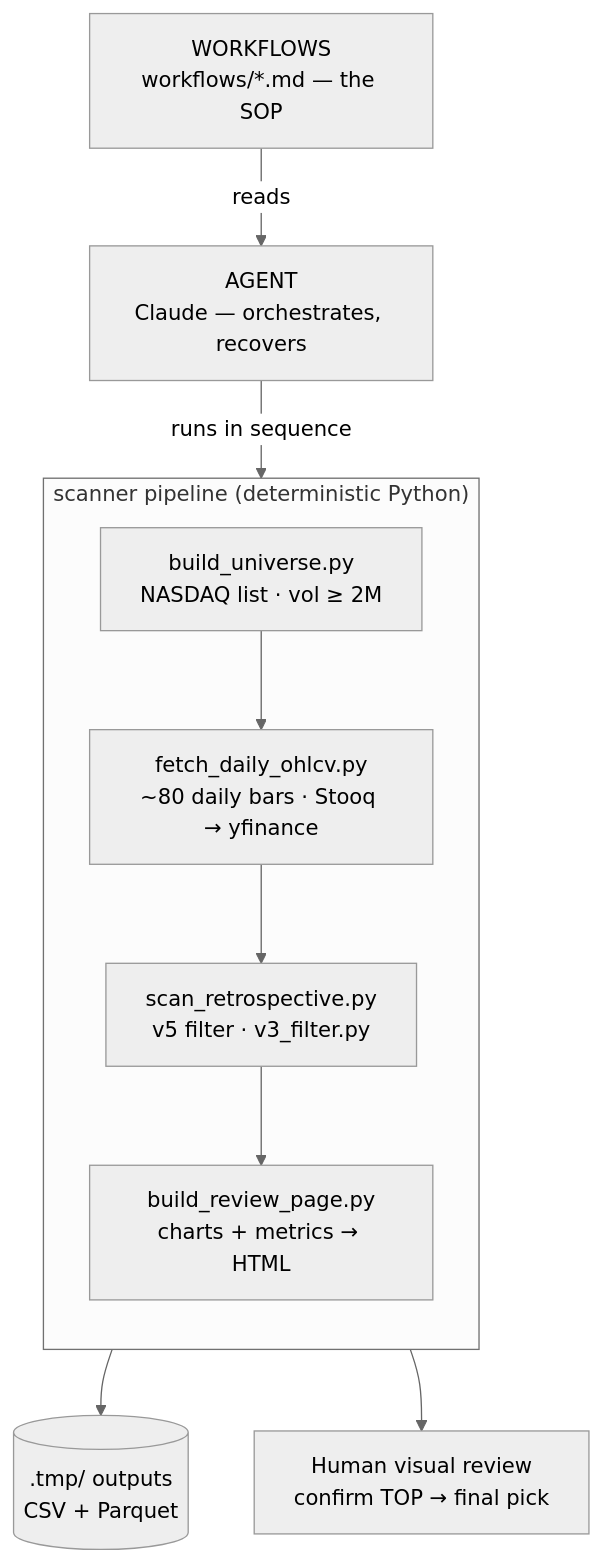
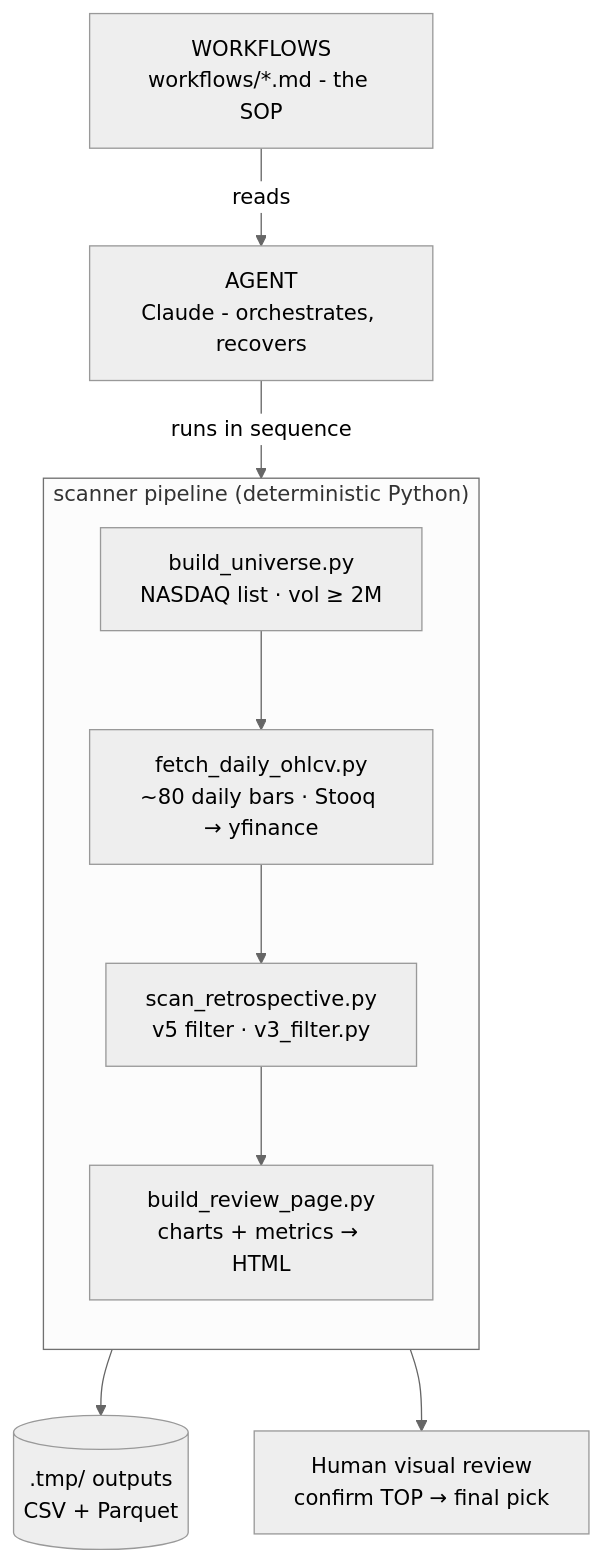
Before and after one commit to nub088/investment: the diagram in README.md, drawn with Mermaid (neutral theme). The commit also changed other lines of this file and 11 other files, not shown here.

````diff
--- a/README.md
+++ b/README.md
@@ -37,22 +37,22 @@
 ```mermaid
 flowchart TB
-    wf[WORKFLOWS<br/>workflows/*.md — the SOP]
-    agent[AGENT<br/>Claude — orchestrates, recovers]
+    wf[WORKFLOWS<br/>workflows/*.md - the SOP]
+    agent[AGENT<br/>Claude - orchestrates, recovers]
     wf -->|reads| agent
 
     subgraph scan["scanner pipeline (deterministic Python)"]
         direction TB
         universe[build_universe.py<br/>NASDAQ list · vol ≥ 2M]
         fetch[fetch_daily_ohlcv.py<br/>~80 daily bars · Stooq → yfinance]
         filt[scan_retrospective.py<br/>v5 filter · v3_filter.py]
         review[build_review_page.py<br/>charts + metrics → HTML]
         universe --> fetch --> filt --> review
     end
 
     agent -->|runs in sequence| universe
     out[(.tmp/ outputs<br/>CSV + Parquet)]
     filt --> out
     review --> human
 
     human[Human visual review<br/>confirm TOP → final pick]
 ```
````
